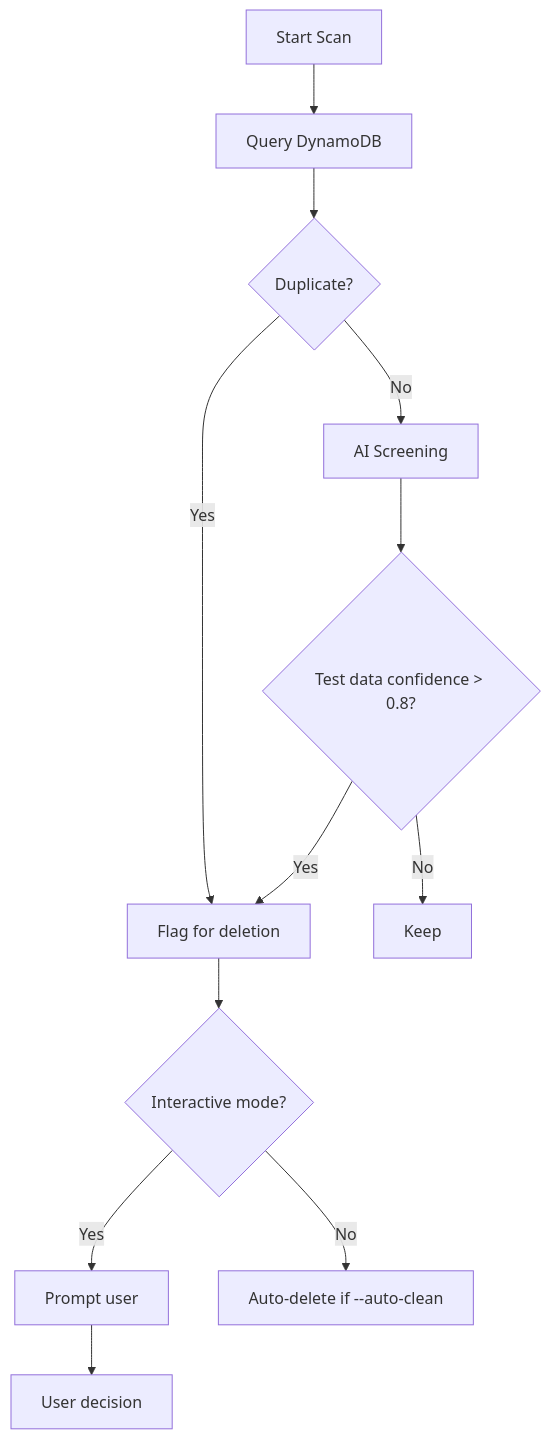
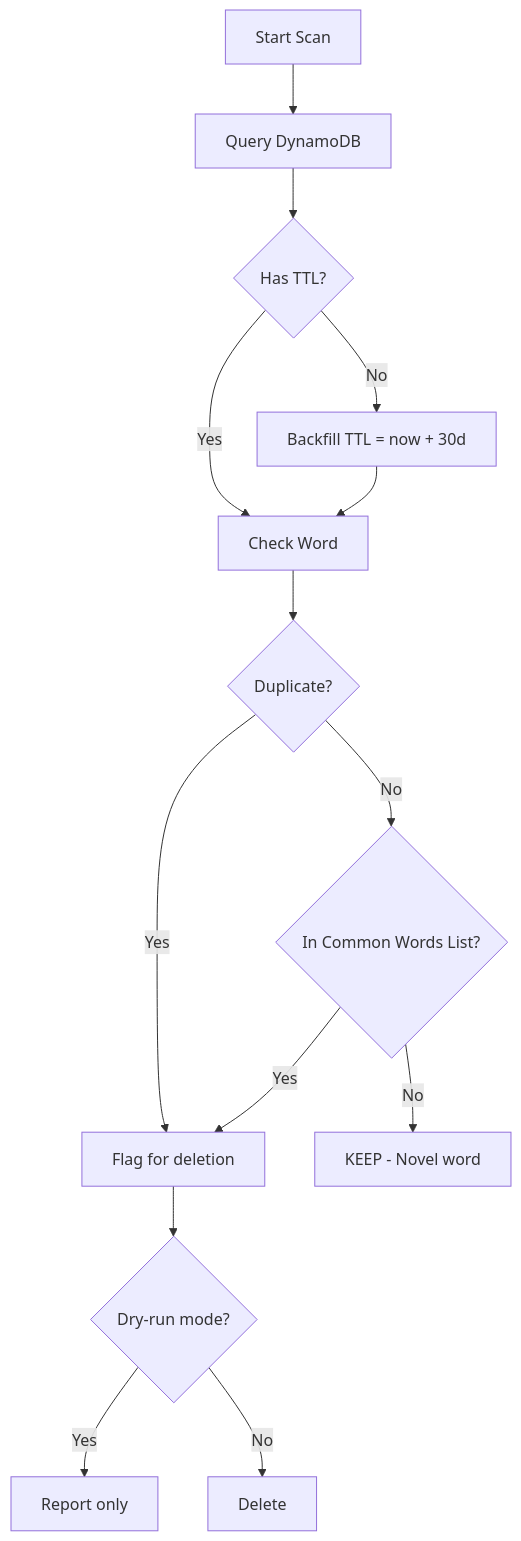
The diagram in docs/1150-dynamodb-data-hygiene.md (martymcenroe/Aletheia), drawn with Mermaid before and after one commit. The commit also changed other lines of this file, not shown here.

````diff
--- a/docs/1150-dynamodb-data-hygiene.md
+++ b/docs/1150-dynamodb-data-hygiene.md
@@ -66,14 +76,16 @@
 ```mermaid
 flowchart TD
     A[Start Scan] --> B[Query DynamoDB]
-    B --> C{Duplicate?}
-    C -->|Yes| D[Flag for deletion]
-    C -->|No| E[AI Screening]
-    E --> F{Test data confidence > 0.8?}
-    F -->|Yes| D
-    F -->|No| G[Keep]
-    D --> H{Interactive mode?}
-    H -->|Yes| I[Prompt user]
-    H -->|No| J[Auto-delete if --auto-clean]
-    I --> K[User decision]
+    B --> C{Has TTL?}
+    C -->|No| D[Backfill TTL = now + 30d]
+    C -->|Yes| E[Check Word]
+    D --> E
+    E --> F{Duplicate?}
+    F -->|Yes| G[Flag for deletion]
+    F -->|No| H{In Common Words List?}
+    H -->|Yes| G
+    H -->|No| I[KEEP - Novel word]
+    G --> J{Dry-run mode?}
+    J -->|Yes| K[Report only]
+    J -->|No| L[Delete]
 ```
````
